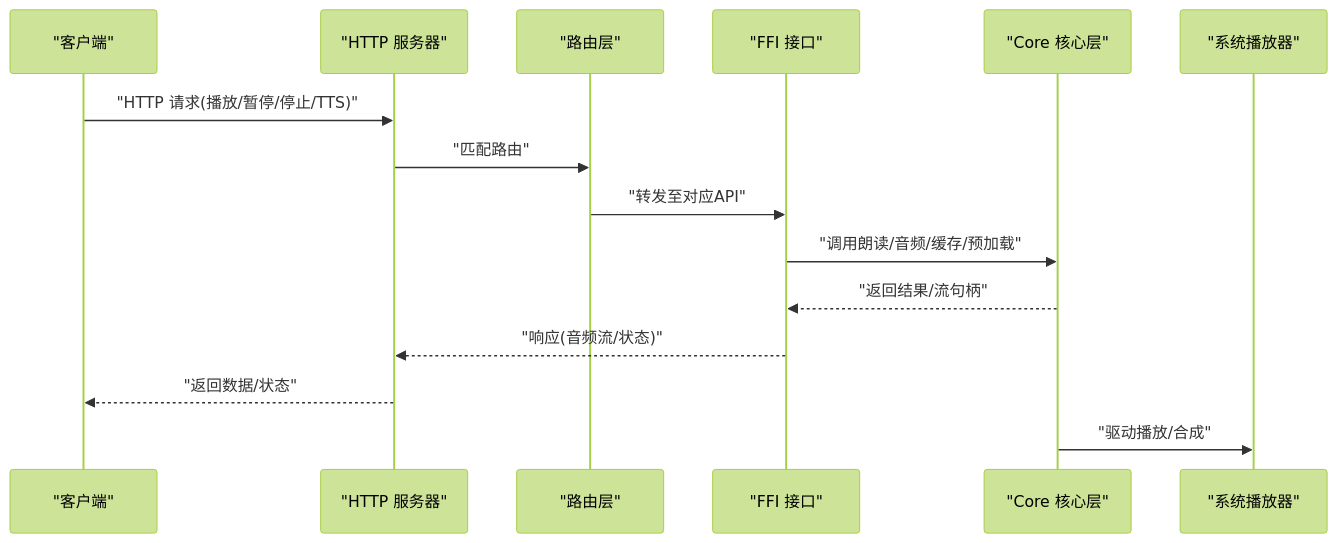
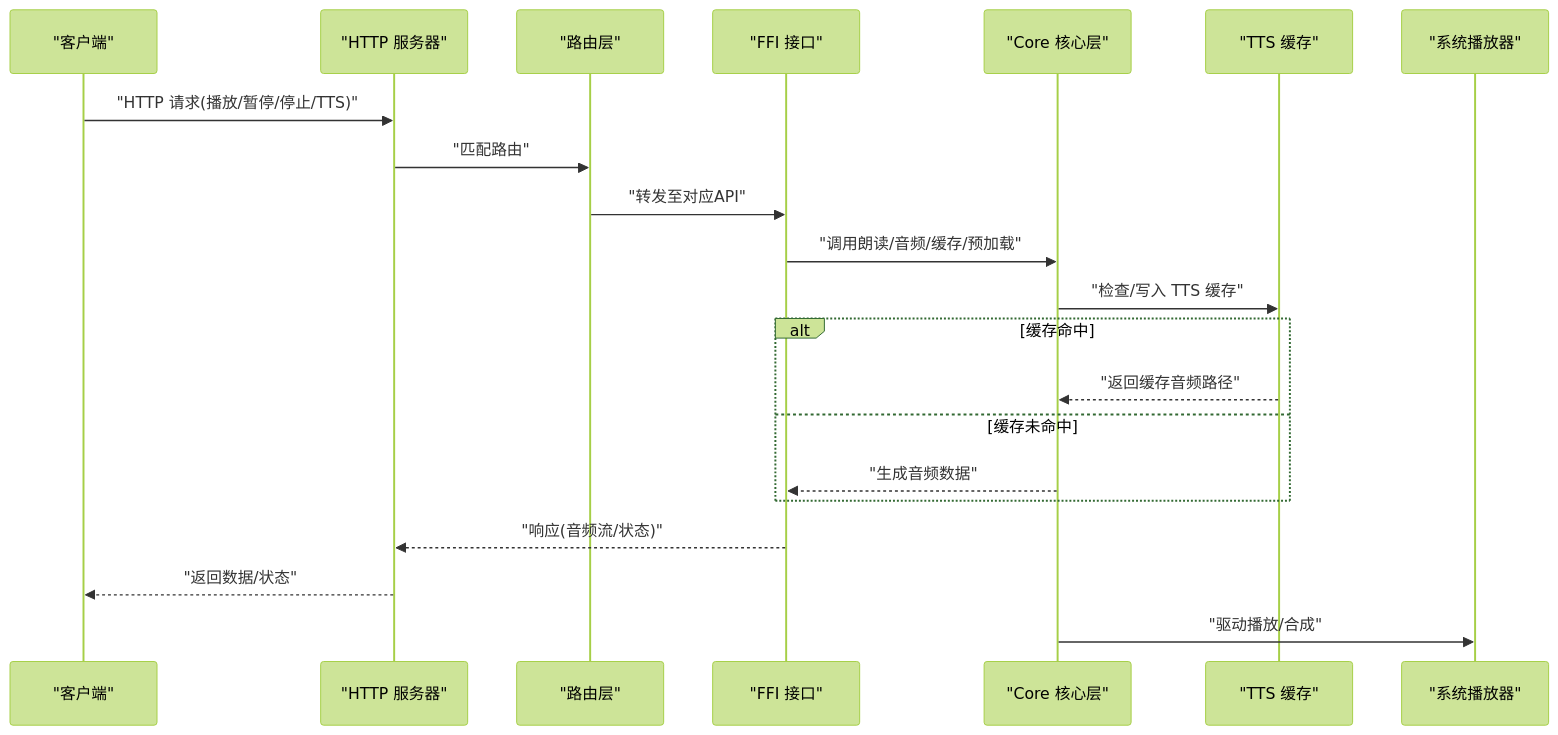
One commit to ZhangGHGitHub/LegadoTeamFlutter changed the second of 7 diagrams in .qoder/repowiki/zh/content/API参考/RESTful API接口/音频TTS API.md. Above: the diagram before and after it, drawn with Mermaid (forest theme). The commit also changed other lines of this file and 173 other files, not shown here.

````diff
--- a/.qoder/repowiki/zh/content/API参考/RESTful API接口/音频TTS API.md
+++ b/.qoder/repowiki/zh/content/API参考/RESTful API接口/音频TTS API.md
@@ -120,17 +154,23 @@
 ```mermaid
 sequenceDiagram
 participant Client as "客户端"
 participant Server as "HTTP 服务器"
 participant Routes as "路由层"
 participant FFI as "FFI 接口"
 participant Core as "Core 核心层"
+participant Cache as "TTS 缓存"
 participant Player as "系统播放器"
 Client->>Server : "HTTP 请求(播放/暂停/停止/TTS)"
 Server->>Routes : "匹配路由"
 Routes->>FFI : "转发至对应API"
 FFI->>Core : "调用朗读/音频/缓存/预加载"
-Core-->>FFI : "返回结果/流句柄"
+Core->>Cache : "检查/写入 TTS 缓存"
+alt 缓存命中
+Cache-->>Core : "返回缓存音频路径"
+else 缓存未命中
+Core-->>FFI : "生成音频数据"
+end
 FFI-->>Server : "响应(音频流/状态)"
 Server-->>Client : "返回数据/状态"
 Core->>Player : "驱动播放/合成"
 ```
````
